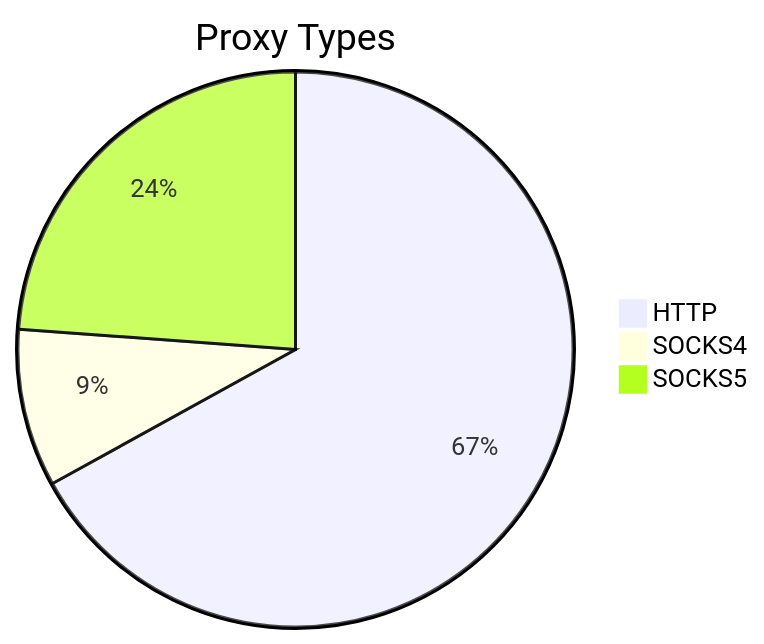
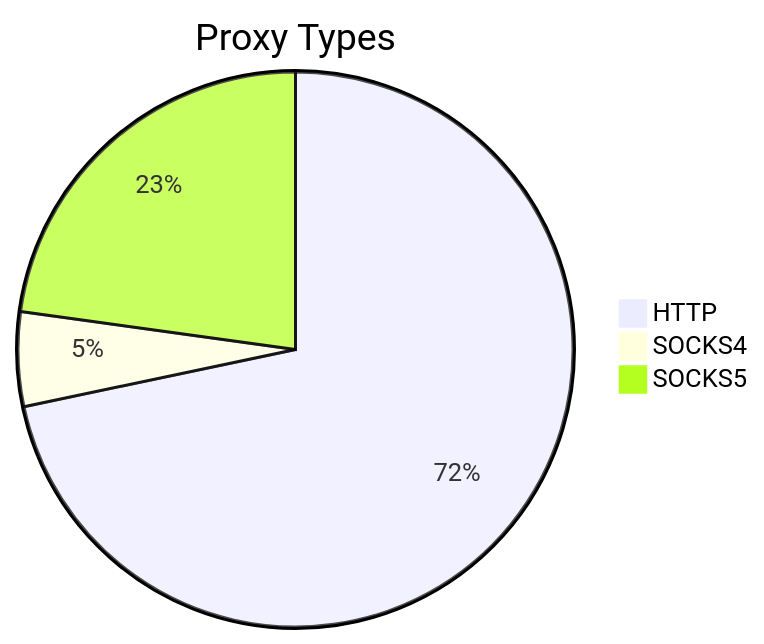
The first of 2 diagrams in README.md (stormsia/proxy-list), drawn with Mermaid before and after one commit. The commit also changed other lines of this file, not shown here.

````diff
--- a/README.md
+++ b/README.md
@@ -21,6 +21,6 @@
 ```mermaid
 pie title Proxy Types
-    "HTTP" : 430
-    "SOCKS4" : 59
-    "SOCKS5" : 153
+    "HTTP" : 418
+    "SOCKS4" : 32
+    "SOCKS5" : 133
 ```
````
